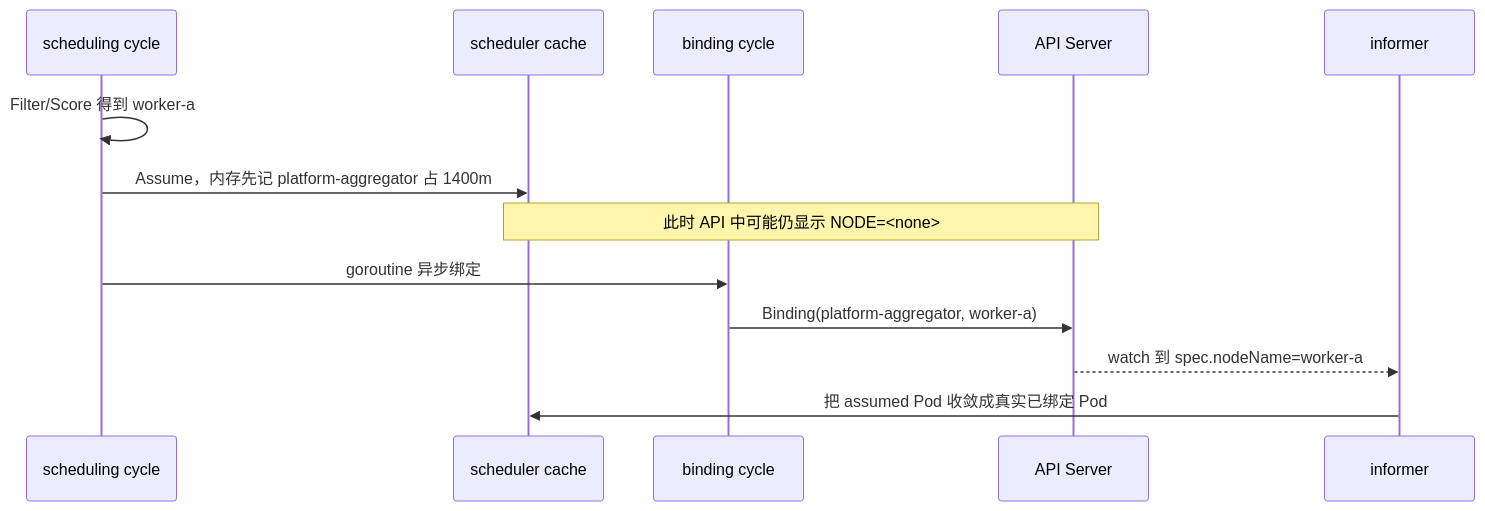
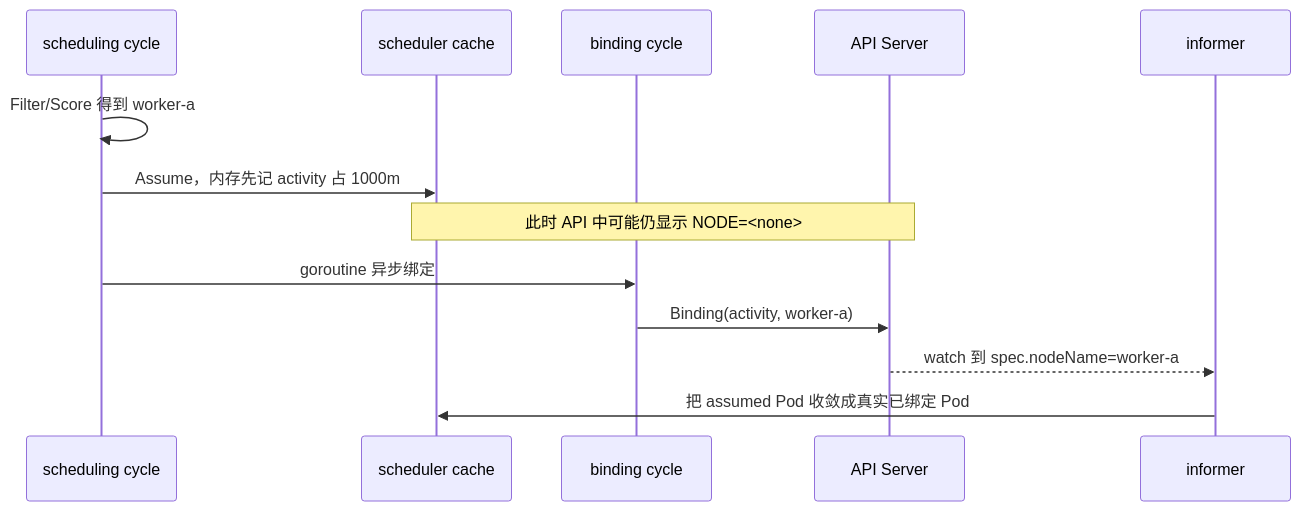
One commit to zz-datou/k8s_plat_gpu changed the seventh of 18 diagrams in 07_正式学习讲义/专题/01_Kubernetes_Scheduler从生产实战到业务平台_GPU与源码全景_新手独立讲义.md. Above: the diagram before and after it, drawn with Mermaid. The commit also changed other lines of this file, not shown here.

````diff
--- a/07_正式学习讲义/专题/01_Kubernetes_Scheduler从生产实战到业务平台_GPU与源码全景_新手独立讲义.md
+++ b/07_正式学习讲义/专题/01_Kubernetes_Scheduler从生产实战到业务平台_GPU与源码全景_新手独立讲义.md
@@ -1919,16 +1847,16 @@
 ```mermaid
 sequenceDiagram
     participant S as scheduling cycle
     participant C as scheduler cache
     participant B as binding cycle
     participant A as API Server
     participant I as informer
 
     S->>S: Filter/Score 得到 worker-a
-    S->>C: Assume，内存先记 platform-aggregator 占 1400m
+    S->>C: Assume，内存先记 activity 占 1000m
     Note over C,A: 此时 API 中可能仍显示 NODE=<none>
     S->>B: goroutine 异步绑定
-    B->>A: Binding(platform-aggregator, worker-a)
+    B->>A: Binding(activity, worker-a)
     A-->>I: watch 到 spec.nodeName=worker-a
     I->>C: 把 assumed Pod 收敛成真实已绑定 Pod
 ```
````
